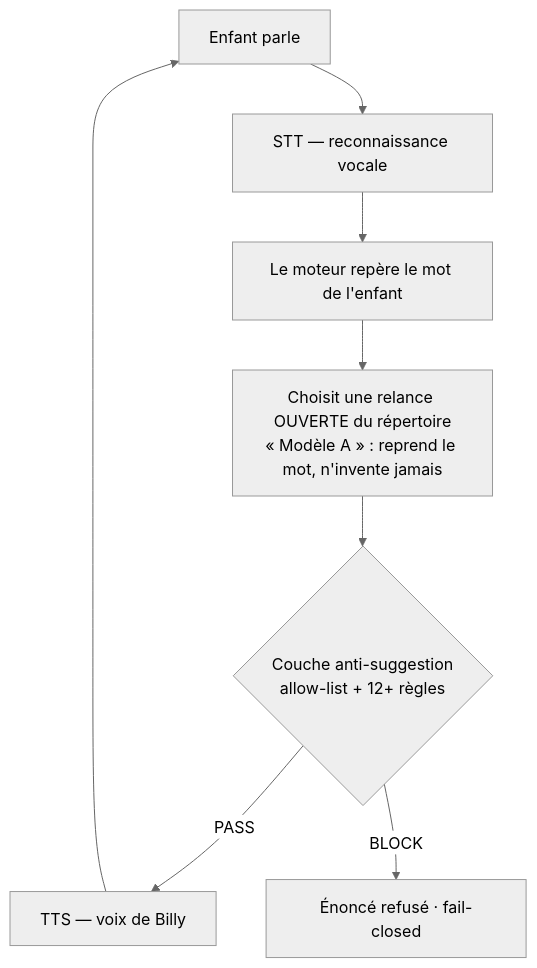
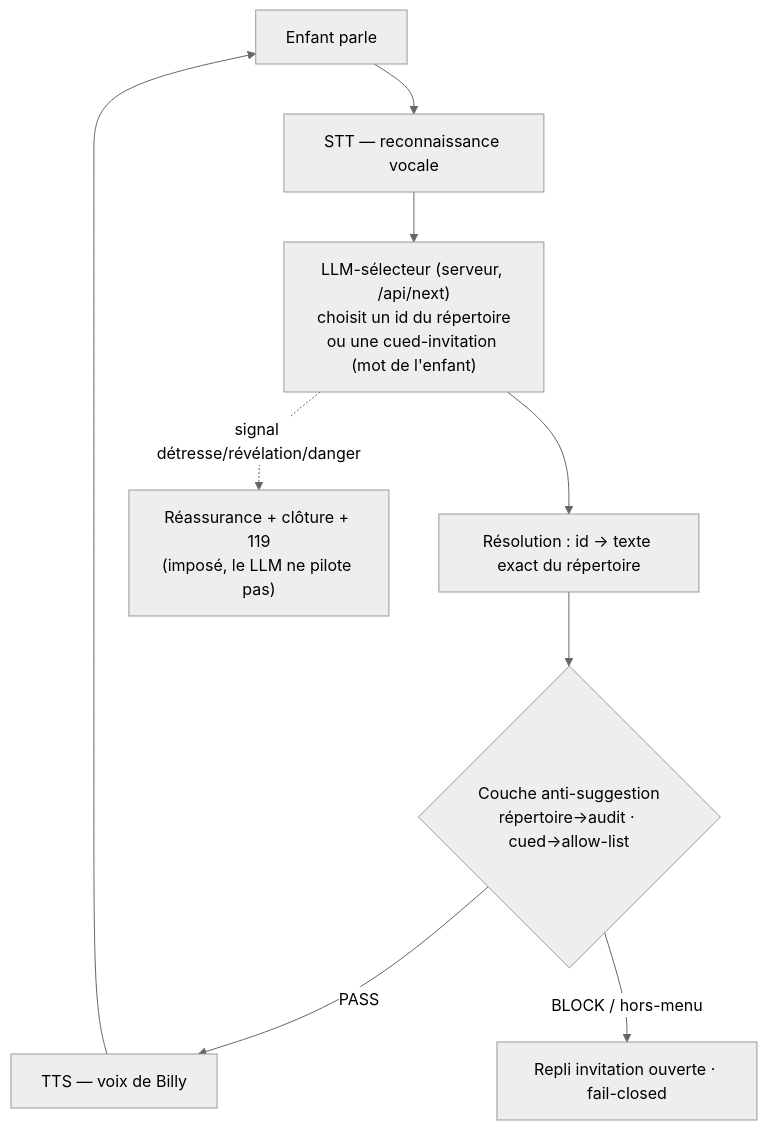
Before and after one commit to benoitdecuyper-dev/billy: the second of 6 diagrams in docs/wiki-presentation-billy.md, drawn with Mermaid (neutral theme). The commit also changed other lines of this file and 12 other files, not shown here.

First line of the commit message:
feat: LLM-sélecteur hybride (Billy parle plus) + prêt déploiement Render

````diff
--- a/docs/wiki-presentation-billy.md
+++ b/docs/wiki-presentation-billy.md
@@ -49,10 +54,11 @@
 ```mermaid
 flowchart TD
     E["Enfant parle"] --> STT["STT — reconnaissance vocale"]
-    STT --> MOT["Le moteur repère le mot de l'enfant"]
-    MOT --> CHX["Choisit une relance OUVERTE du répertoire<br/>« Modèle A » : reprend le mot, n'invente jamais"]
-    CHX --> SAFE{"Couche anti-suggestion<br/>allow-list + 12+ règles"}
+    STT --> SEL["LLM-sélecteur (serveur, /api/next)<br/>choisit un id du répertoire<br/>ou une cued-invitation (mot de l'enfant)"]
+    SEL --> RES["Résolution : id → texte exact du répertoire"]
+    RES --> SAFE{"Couche anti-suggestion<br/>répertoire→audit · cued→allow-list"}
     SAFE -->|PASS| TTS["TTS — voix de Billy"]
-    SAFE -->|BLOCK| STOP["Énoncé refusé · fail-closed"]
+    SAFE -->|BLOCK / hors-menu| STOP["Repli invitation ouverte · fail-closed"]
     TTS --> E
+    SEL -. "signal détresse/révélation/danger" .-> ESC["Réassurance + clôture + 119<br/>(imposé, le LLM ne pilote pas)"]
 ```
````
